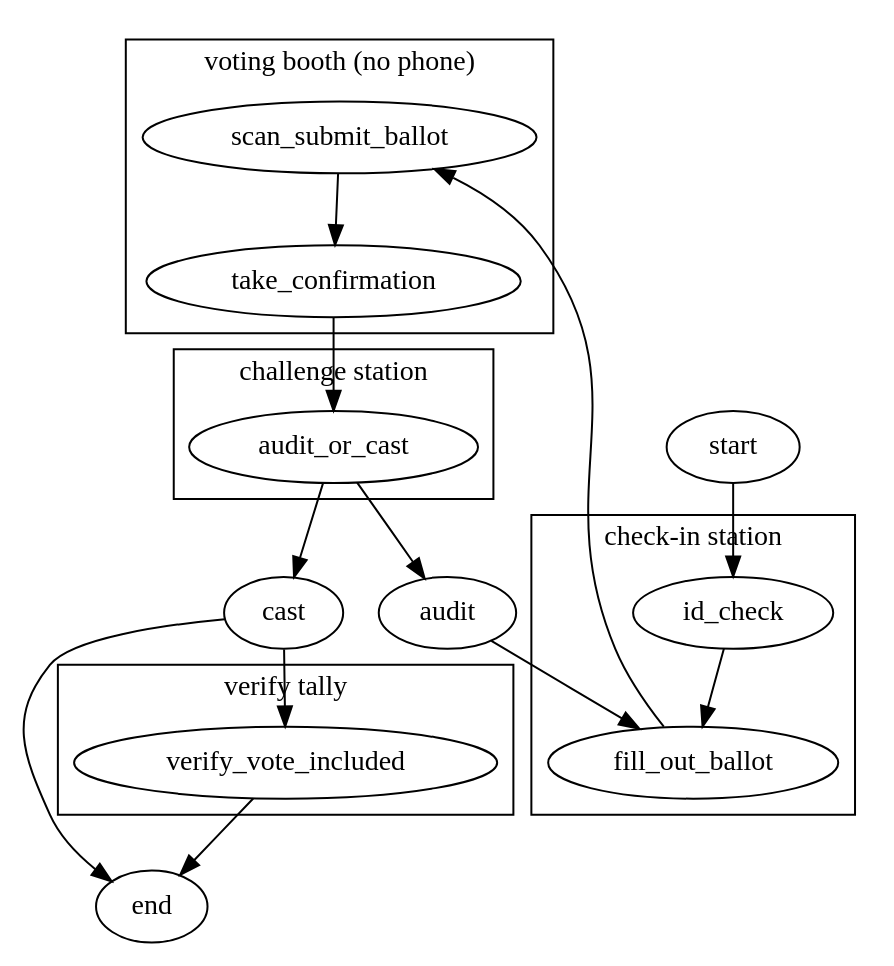
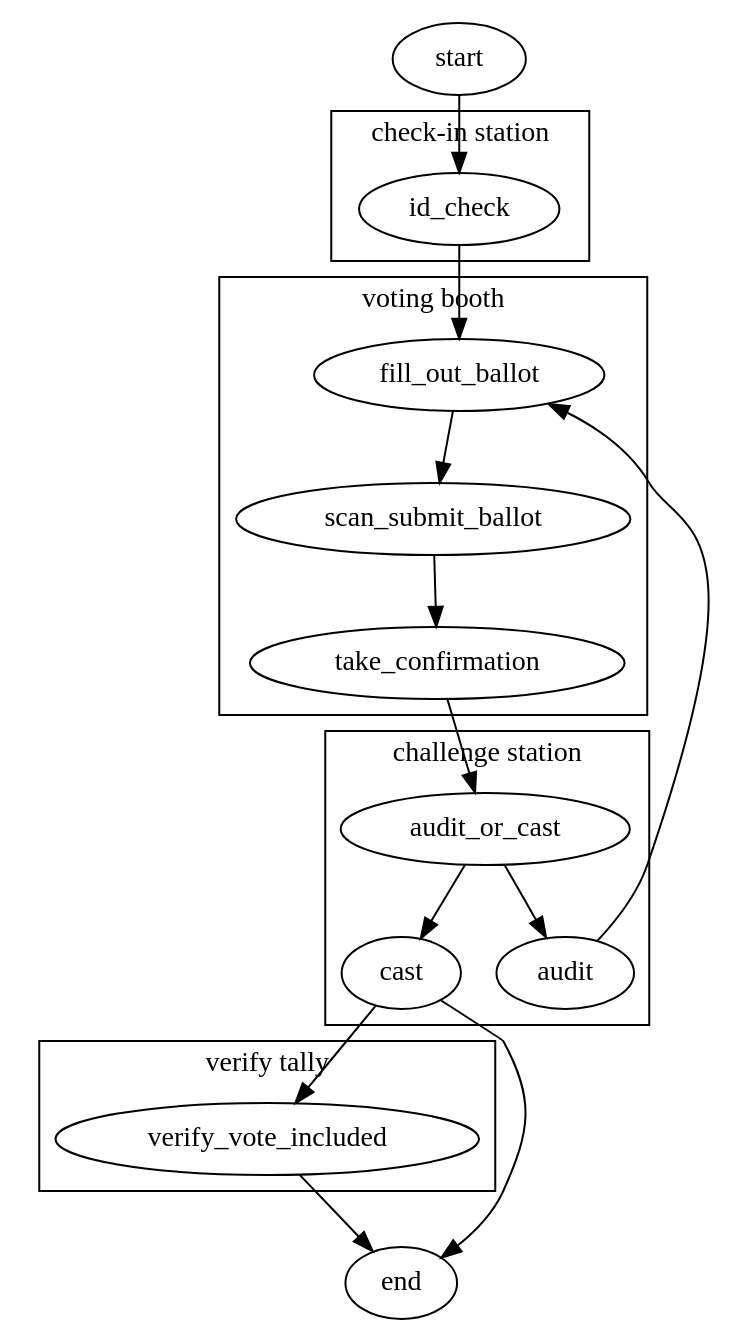
Before and after one commit to jefdaj/cryptoisland: the diagram in src/posts/2024/10/15/mechanics-of-the-benaloh-challenge/current-workflow.dot, drawn with Graphviz. The commit also changed 3 other files, not shown here.

```diff
--- a/src/posts/2024/10/15/mechanics-of-the-benaloh-challenge/current-workflow.dot
+++ b/src/posts/2024/10/15/mechanics-of-the-benaloh-challenge/current-workflow.dot
@@ -1,25 +1,25 @@
 digraph current_workflow {
   start -> id_check
+  subgraph cluster_votingbooth {
+    label="voting booth"
+    fill_out_ballot -> scan_submit_ballot -> take_confirmation
+  }
   subgraph cluster_checkin {
     label="check-in station"
     id_check -> fill_out_ballot
   }
-  subgraph cluster_votingbooth {
-    label="voting booth (no phone)"
-    fill_out_ballot -> scan_submit_ballot -> take_confirmation
-  }
   subgraph cluster_challenge {
     label="challenge station"
-    audit_or_cast
+    audit_or_cast -> {audit,cast}
+    rank=same {audit,cast}
   }
   subgraph cluster_verify {
     label="verify tally"
     verify_vote_included
   }
-  take_confirmation -> audit_or_cast -> {audit,cast}
-  rank=same {audit,cast}
+  take_confirmation -> audit_or_cast
   audit -> fill_out_ballot
   cast -> verify_vote_included
   verify_vote_included -> end
   cast -> end
 }
```
